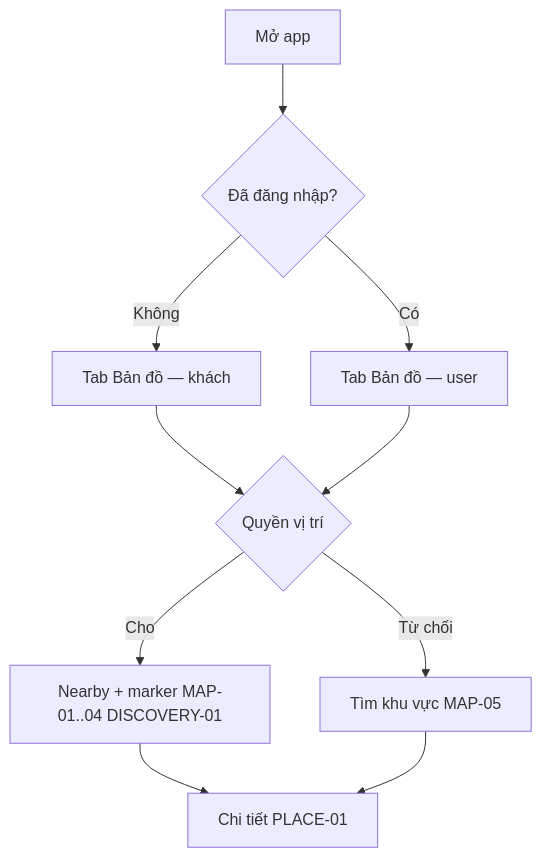
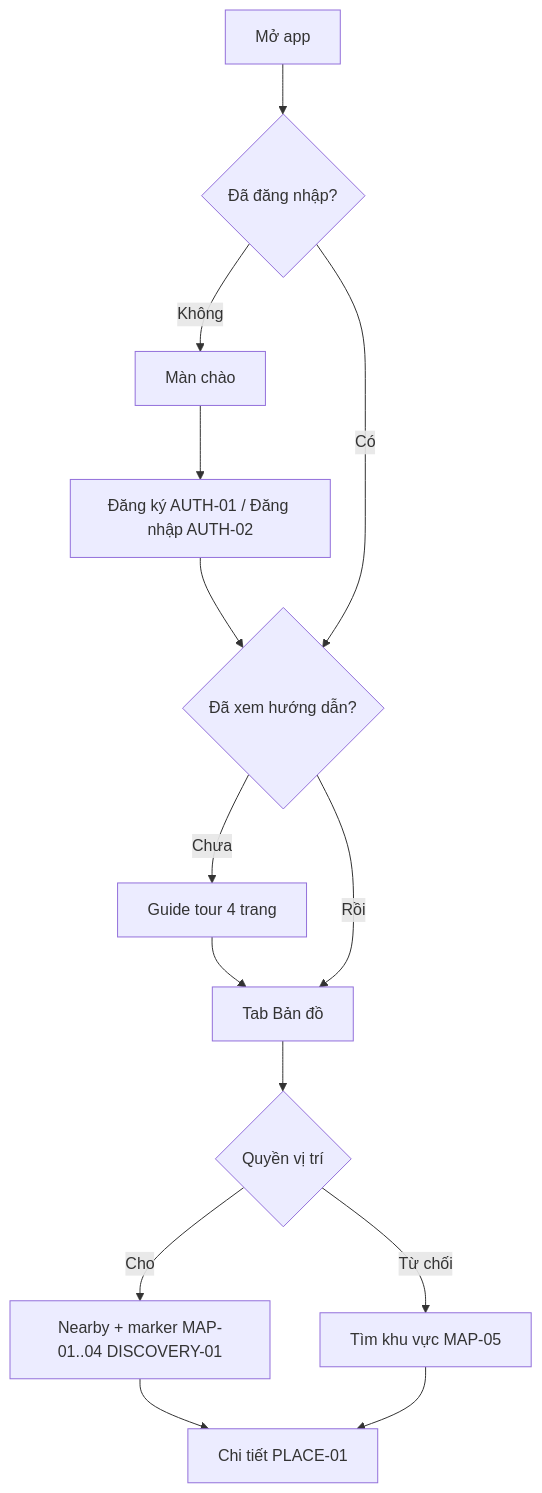
One commit to DXH-13/foodmap-docs changed the first of 4 diagrams in SDD/giao-dien/luong-nguoi-dung.md. Above: the diagram before and after it, drawn with Mermaid. The commit also changed other lines of this file and 7 other files, not shown here.

````diff
--- a/SDD/giao-dien/luong-nguoi-dung.md
+++ b/SDD/giao-dien/luong-nguoi-dung.md
@@ -5,12 +5,16 @@
 ```mermaid
 flowchart TD
   A[Mở app] --> B{Đã đăng nhập?}
-  B -->|Không| C[Tab Bản đồ — khách]
-  B -->|Có| D[Tab Bản đồ — user]
-  C --> E{Quyền vị trí}
-  D --> E
+  B -->|Không| C[Màn chào]
+  C --> L[Đăng ký AUTH-01 / Đăng nhập AUTH-02]
+  L --> T{Đã xem hướng dẫn?}
+  B -->|Có| T
+  T -->|Chưa| O[Guide tour 4 trang]
+  O --> D[Tab Bản đồ]
+  T -->|Rồi| D
+  D --> E{Quyền vị trí}
   E -->|Cho| F[Nearby + marker MAP-01..04 DISCOVERY-01]
   E -->|Từ chối| G[Tìm khu vực MAP-05]
   F --> H[Chi tiết PLACE-01]
   G --> H
 ```
````
